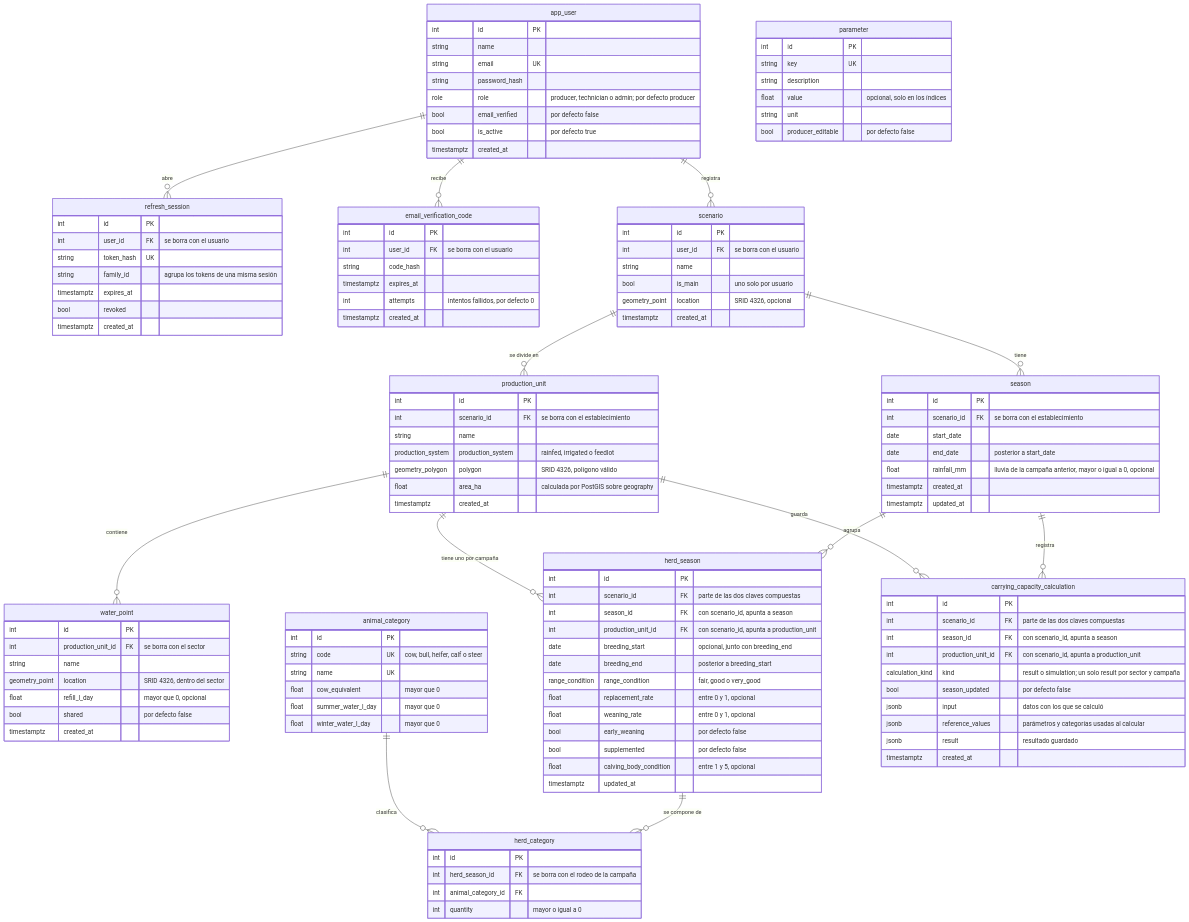
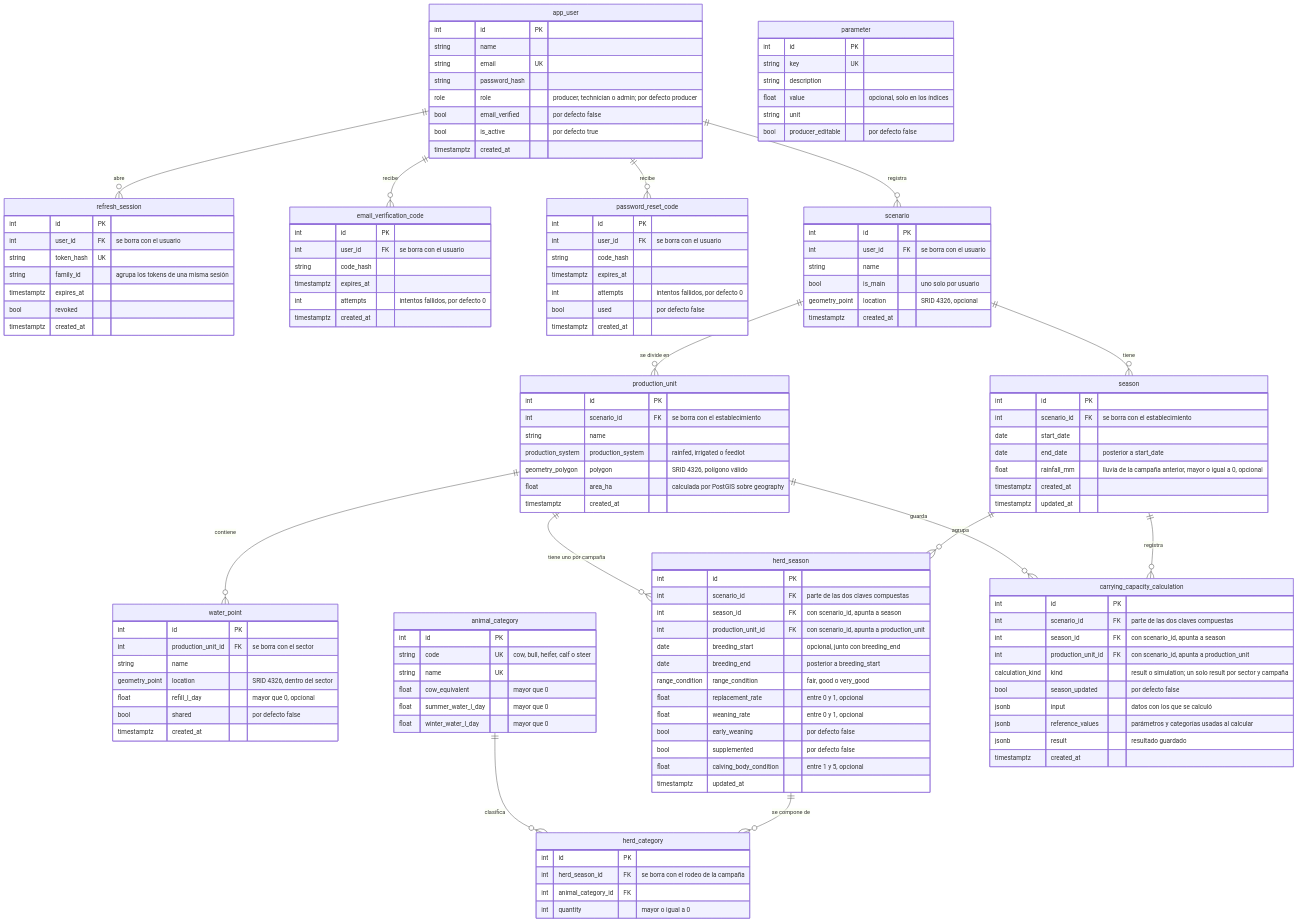
One commit to calculadora-ganadera-mza/calculadora-ganadera changed the diagram in docs/diagrama-base-de-datos.md. Above: the diagram before and after it, drawn with Mermaid. The commit also changed other lines of this file and 24 other files, not shown here.

```diff
--- a/docs/diagrama-base-de-datos.md
+++ b/docs/diagrama-base-de-datos.md
@@ -6,6 +6,7 @@
 erDiagram
     app_user ||--o{ refresh_session : "abre"
     app_user ||--o{ email_verification_code : "recibe"
+    app_user ||--o{ password_reset_code : "recibe"
     app_user ||--o{ scenario : "registra"
     scenario ||--o{ season : "tiene"
     scenario ||--o{ production_unit : "se divide en"
@@ -44,6 +45,16 @@
         string code_hash
         timestamptz expires_at
         int attempts "intentos fallidos, por defecto 0"
+        timestamptz created_at
+    }
+
+    password_reset_code {
+        int id PK
+        int user_id FK "se borra con el usuario"
+        string code_hash
+        timestamptz expires_at
+        int attempts "intentos fallidos, por defecto 0"
+        bool used "por defecto false"
         timestamptz created_at
     }
 
```
